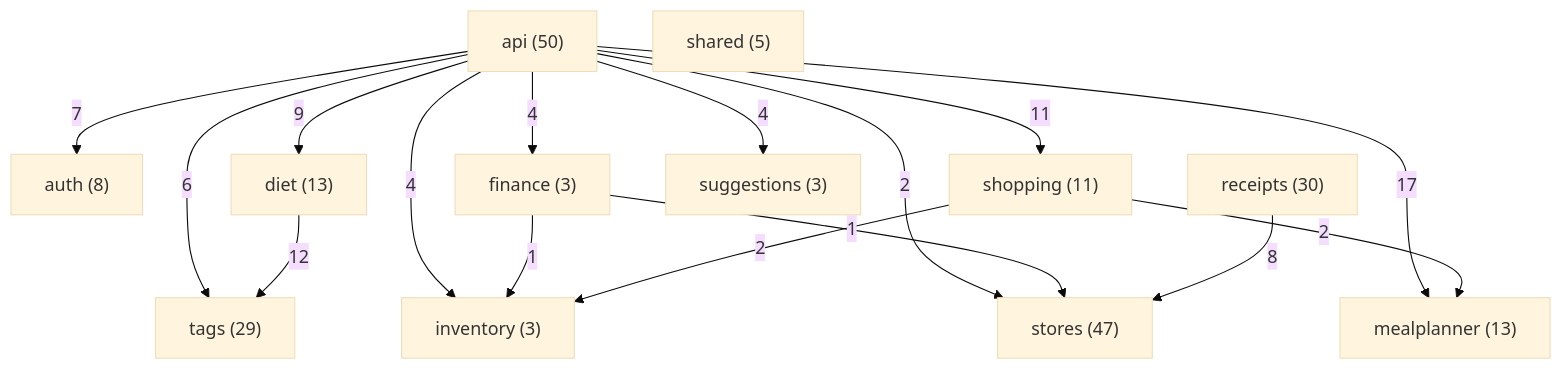
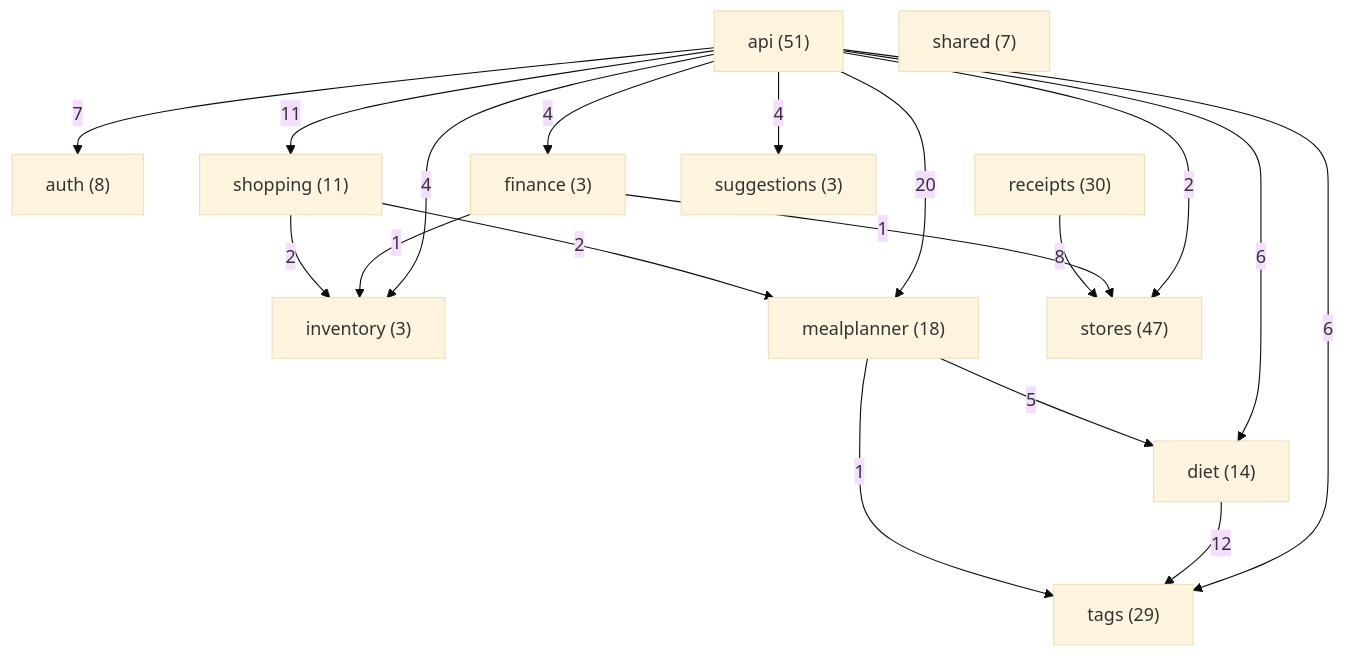
Before and after one commit to Nate-ryan-7690/dahaem: the diagram in docs/classes/README.md, drawn with Mermaid (base theme). The commit also changed other lines of this file and 35 other files, not shown here.

````diff
--- a/docs/classes/README.md
+++ b/docs/classes/README.md
@@ -9,30 +9,32 @@
 ```mermaid
 flowchart TD
-    api["api (50)"]
+    api["api (51)"]
     auth["auth (8)"]
-    diet["diet (13)"]
+    diet["diet (14)"]
     finance["finance (3)"]
     inventory["inventory (3)"]
-    mealplanner["mealplanner (13)"]
+    mealplanner["mealplanner (18)"]
     receipts["receipts (30)"]
-    shared["shared (5)"]
+    shared["shared (7)"]
     shopping["shopping (11)"]
     stores["stores (47)"]
     suggestions["suggestions (3)"]
     tags["tags (29)"]
     api -->|7| auth
-    api -->|9| diet
+    api -->|6| diet
     api -->|4| finance
     api -->|4| inventory
-    api -->|17| mealplanner
+    api -->|20| mealplanner
     api -->|11| shopping
     api -->|2| stores
     api -->|4| suggestions
     api -->|6| tags
     diet -->|12| tags
     finance -->|1| inventory
     finance -->|1| stores
+    mealplanner -->|5| diet
+    mealplanner -->|1| tags
     receipts -->|8| stores
     shopping -->|2| inventory
     shopping -->|2| mealplanner
 ```
````
